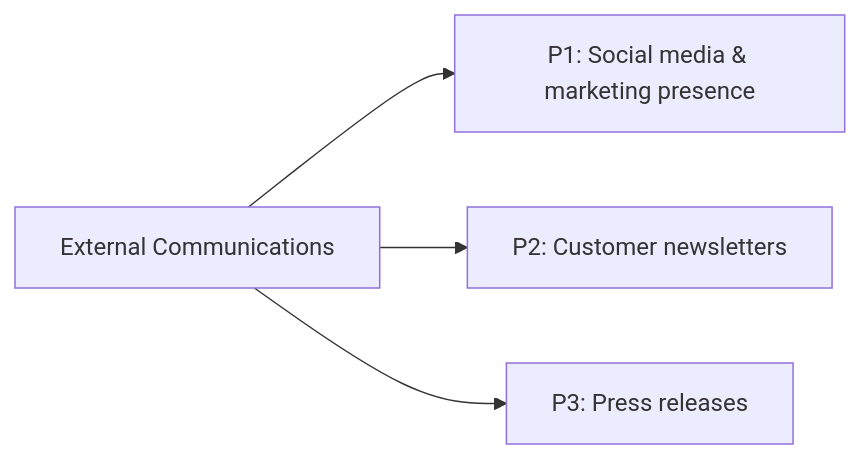
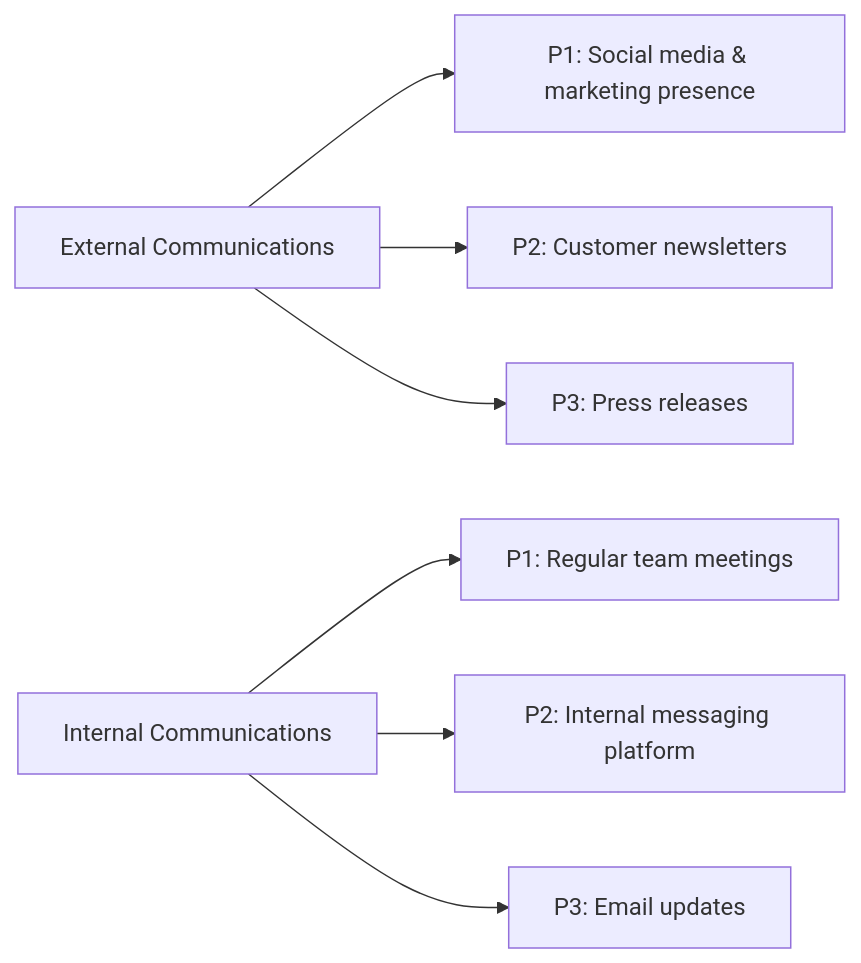
One commit to LL782/dc5b-protocol changed the diagram in README.md. Above: the diagram before and after it, drawn with Mermaid. The commit also changed other lines of this file, not shown here.

Commit message:
Update diagram and notes for Comms protocol

````diff
--- a/README.md
+++ b/README.md
@@ -18,6 +18,10 @@
 ```mermaid
 graph LR;
     E[External Communications] --> F[P1: Social media & marketing presence];
     E --> G[P2: Customer newsletters];
     E --> H[P3: Press releases];
+    
+    A[Internal Communications] --> B[P1: Regular team meetings];
+    A --> C[P2: Internal messaging platform];
+    A --> D[P3: Email updates];;
 ```
````
